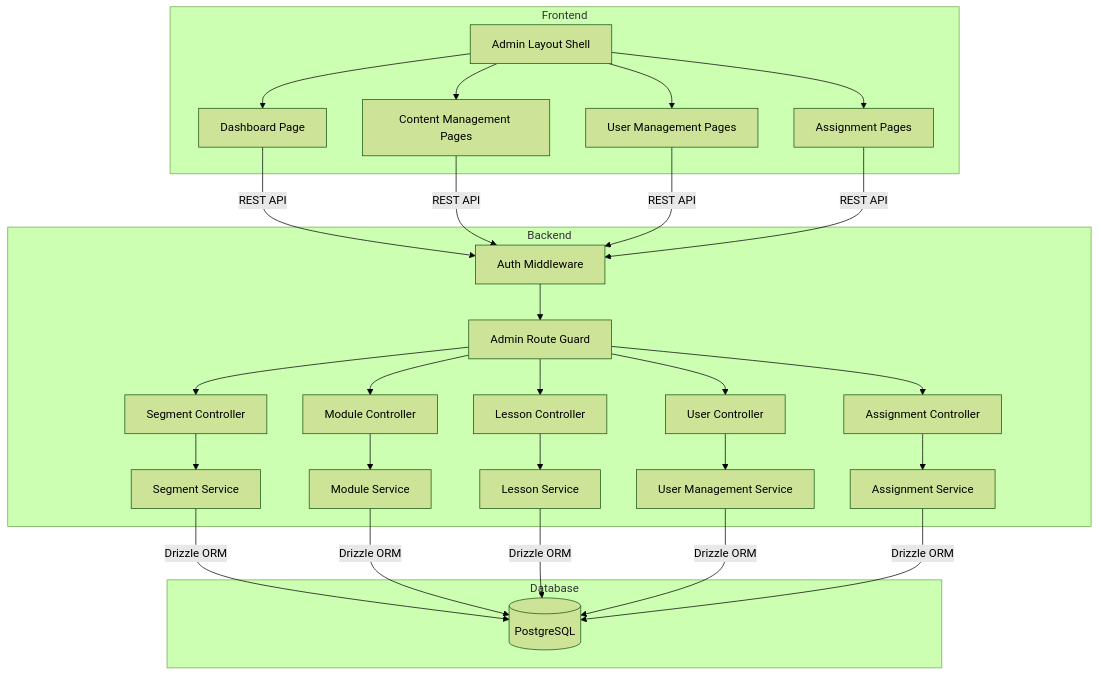
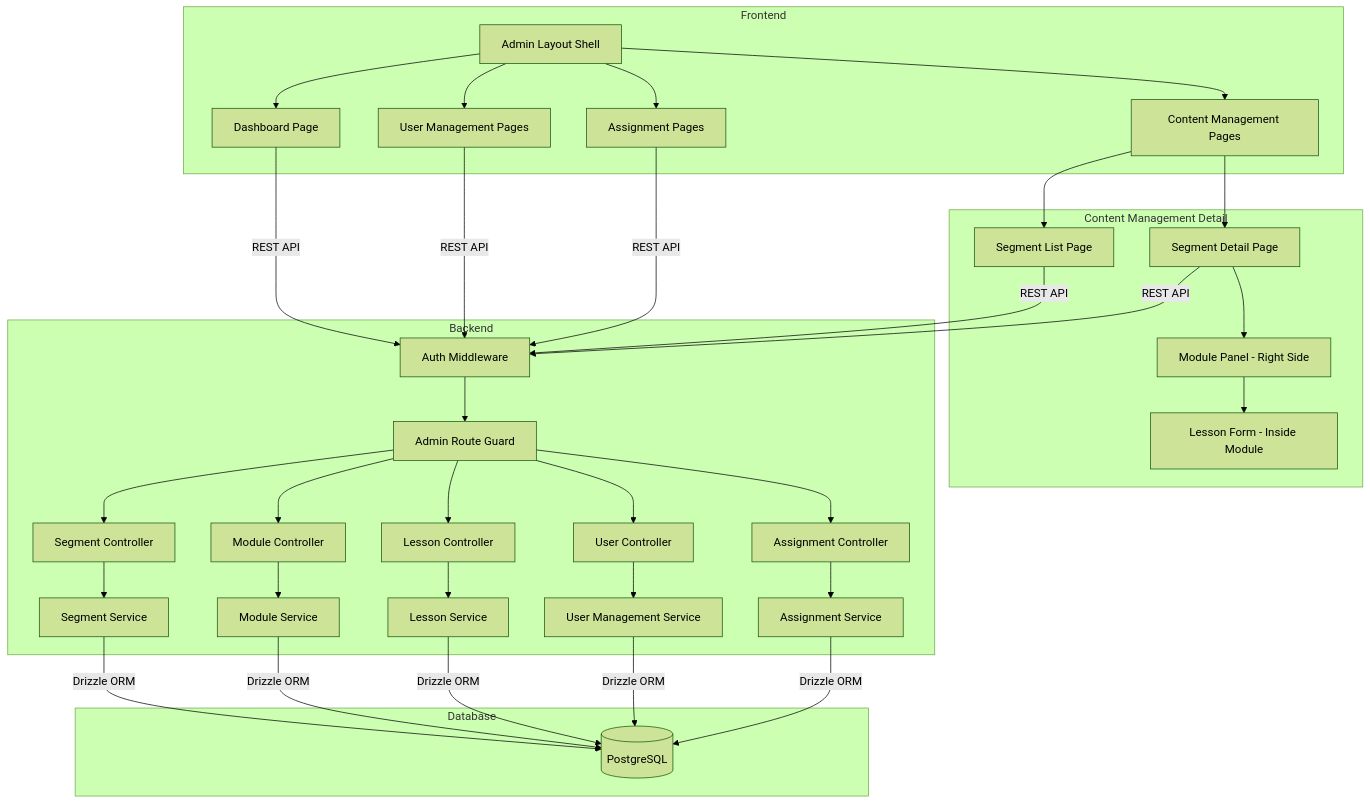
Before and after one commit to zenveus-oraza/rhose: the diagram in .kiro/specs/m2-admin-content-management/design.md, drawn with Mermaid (forest theme). The commit also changed other lines of this file and 63 other files, not shown here.

````diff
--- a/.kiro/specs/m2-admin-content-management/design.md
+++ b/.kiro/specs/m2-admin-content-management/design.md
@@ -92,30 +100,37 @@
 ```mermaid
 graph TD
     subgraph Frontend
         A[Admin Layout Shell] --> B[Dashboard Page]
         A --> C[Content Management Pages]
         A --> D[User Management Pages]
         A --> E[Assignment Pages]
+    end
+
+    subgraph "Content Management Detail"
+        C --> C1[Segment List Page]
+        C --> C2[Segment Detail Page]
+        C2 --> C3[Module Panel - Right Side]
+        C3 --> C4[Lesson Form - Inside Module]
     end
 
     subgraph Backend
         F[Auth Middleware] --> G[Admin Route Guard]
         G --> H[Segment Controller]
         G --> I[Module Controller]
         G --> J[Lesson Controller]
         G --> K[User Controller]
         G --> L[Assignment Controller]
         H --> M[Segment Service]
         I --> N[Module Service]
         J --> O[Lesson Service]
         K --> P[User Management Service]
         L --> Q[Assignment Service]
     end
 
     subgraph Database
         R[(PostgreSQL)]
     end
 
-    B & C & D & E -->|REST API| F
+    B & C1 & C2 & D & E -->|REST API| F
     M & N & O & P & Q -->|Drizzle ORM| R
 ```
````
